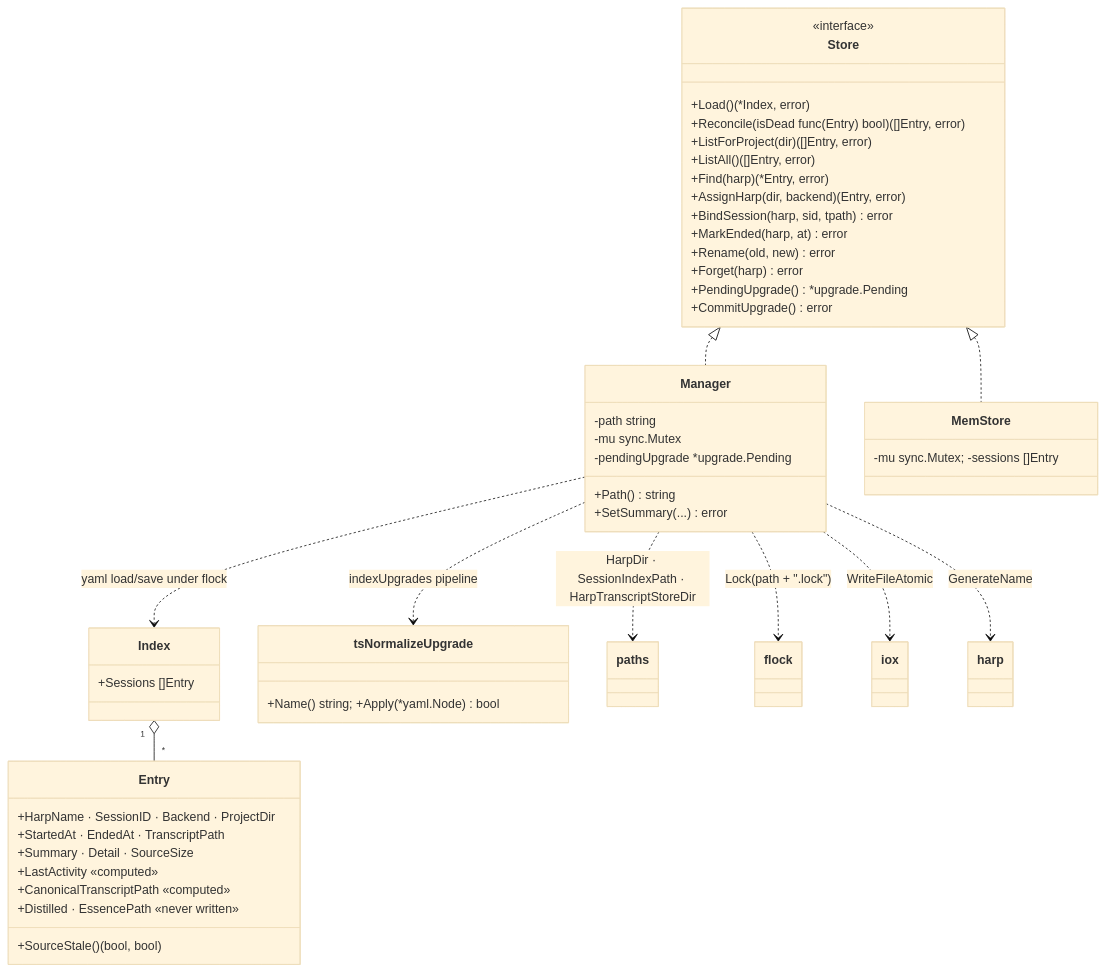
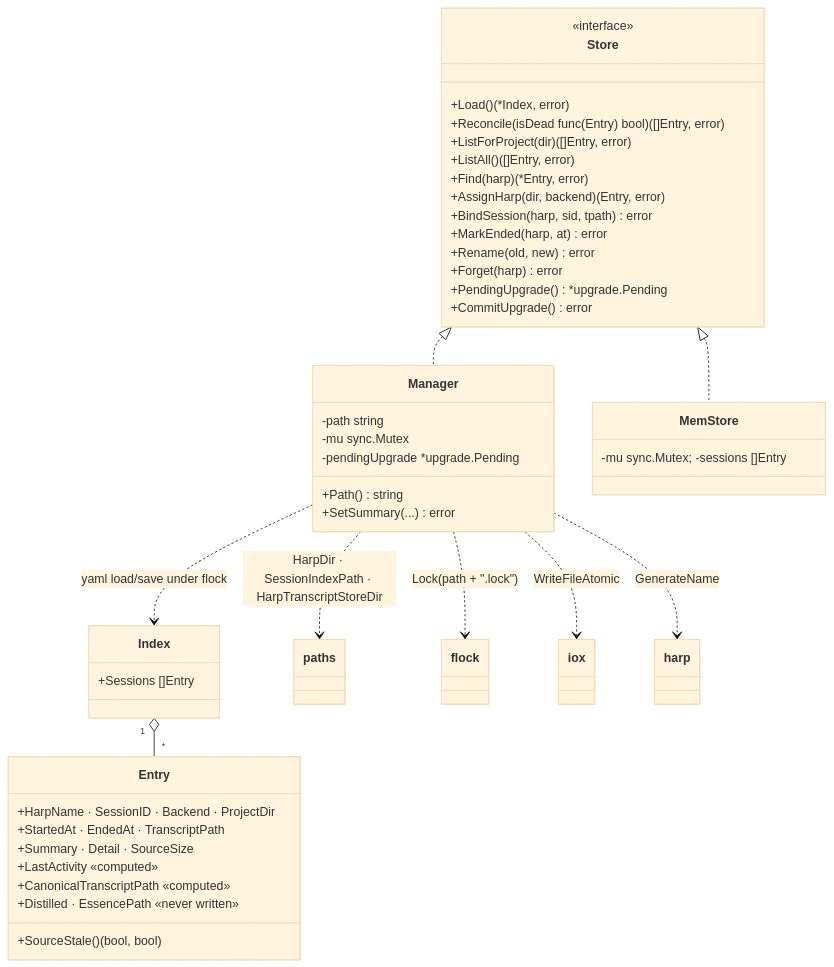
The first of 2 diagrams in docs/architecture/companions/sessions.md (ctxloom/ctxloom), drawn with Mermaid (base theme) before and after one commit. The commit also changed other lines of this file and 12 other files, not shown here.

First line of the commit message:
sessions: delete MigrateIndex and index_upgrade.go

````diff
--- a/docs/architecture/companions/sessions.md
+++ b/docs/architecture/companions/sessions.md
@@ -22,47 +22,45 @@
 ```mermaid
 classDiagram
     class Store {
         <<interface>>
         +Load() (*Index, error)
         +Reconcile(isDead func(Entry) bool) ([]Entry, error)
         +ListForProject(dir) ([]Entry, error)
         +ListAll() ([]Entry, error)
         +Find(harp) (*Entry, error)
         +AssignHarp(dir, backend) (Entry, error)
         +BindSession(harp, sid, tpath) error
         +MarkEnded(harp, at) error
         +Rename(old, new) error
         +Forget(harp) error
         +PendingUpgrade() *upgrade.Pending
         +CommitUpgrade() error
     }
     class Manager {
         -path string
         -mu sync.Mutex
         -pendingUpgrade *upgrade.Pending
         +Path() string
         +SetSummary(...) error
     }
     class MemStore { -mu sync.Mutex; -sessions []Entry }
     class Index { +Sessions []Entry }
     class Entry {
         +HarpName · SessionID · Backend · ProjectDir
         +StartedAt · EndedAt · TranscriptPath
         +Summary · Detail · SourceSize
         +LastActivity  «computed»
         +CanonicalTranscriptPath  «computed»
         +Distilled · EssencePath  «never written»
         +SourceStale() (bool, bool)
     }
-    class tsNormalizeUpgrade { +Name() string; +Apply(*yaml.Node) bool }
 
     Store <|.. Manager
     Store <|.. MemStore
     Manager ..> Index : yaml load/save under flock
     Index "1" o-- "*" Entry
-    Manager ..> tsNormalizeUpgrade : indexUpgrades pipeline
     Manager ..> paths : HarpDir · SessionIndexPath · HarpTranscriptStoreDir
     Manager ..> flock : Lock(path + ".lock")
     Manager ..> iox : WriteFileAtomic
     Manager ..> harp : GenerateName
 ```
````
